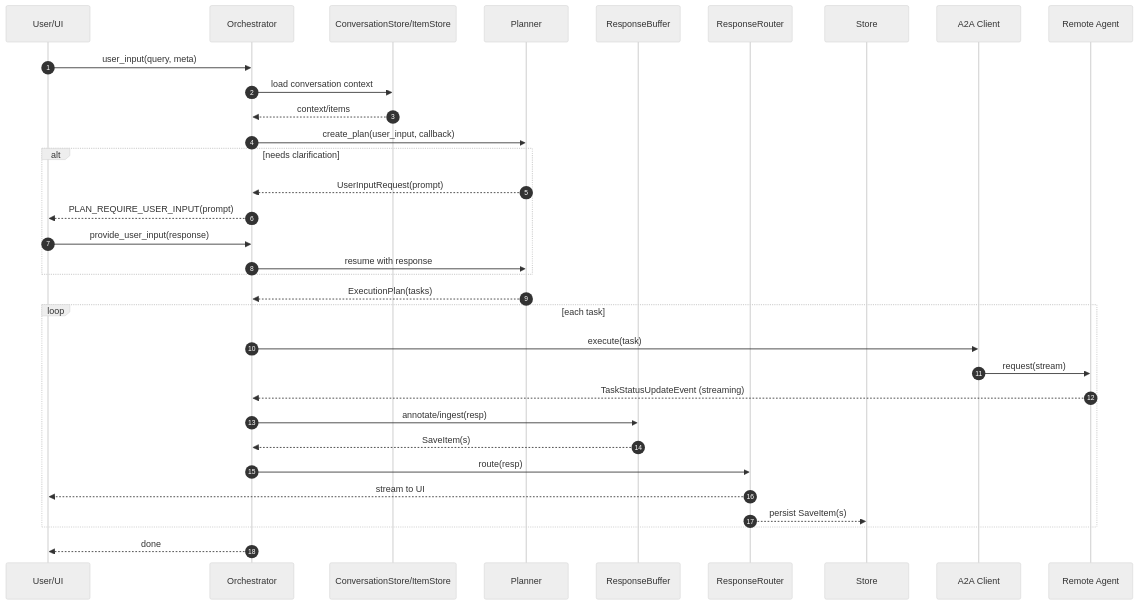
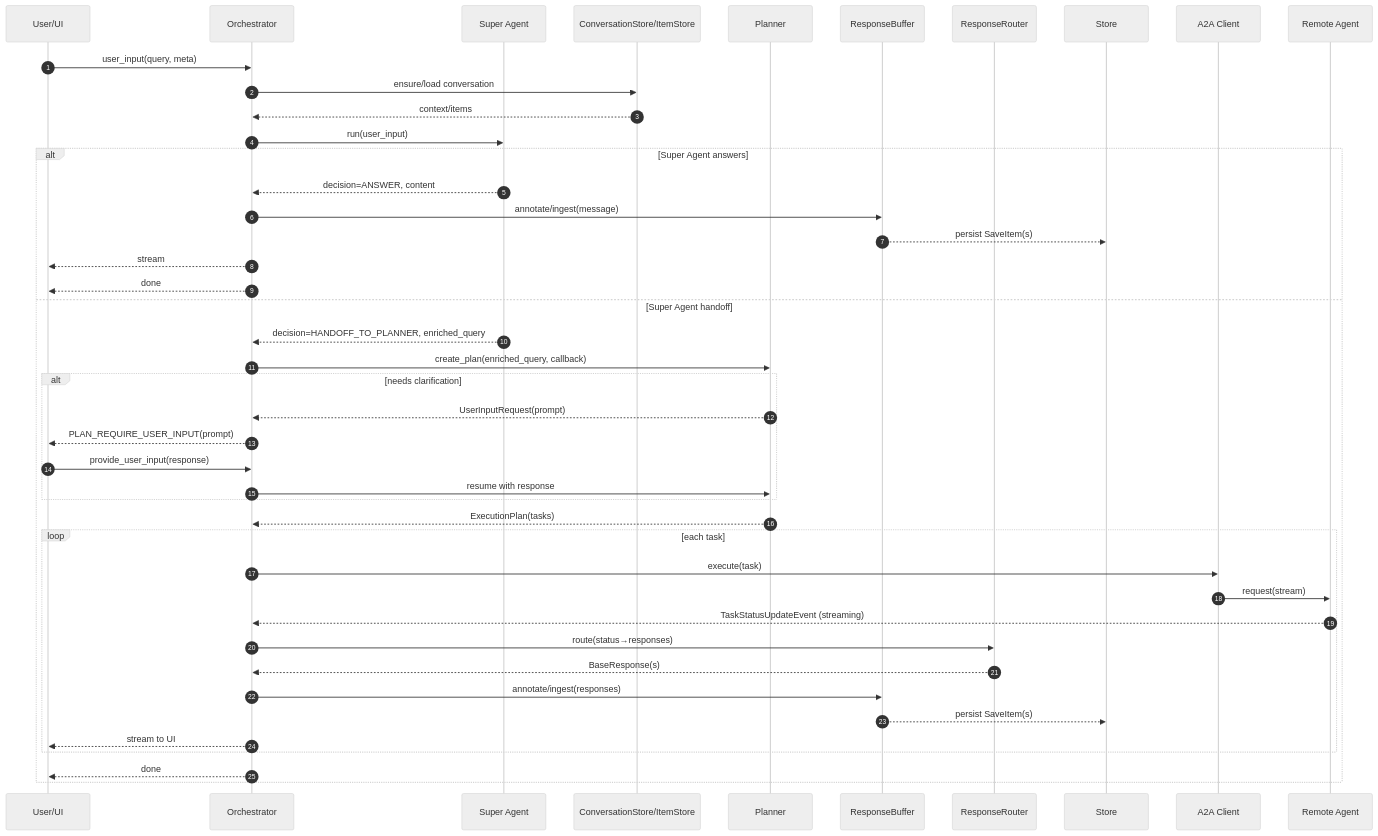
One commit to zhangtao0212/my-valuecell changed the third of 3 diagrams in docs/CORE_ARCHITECTURE.md. Above: the diagram before and after it, drawn with Mermaid (neutral theme). The commit also changed other lines of this file and 56 other files, not shown here.

````diff
--- a/docs/CORE_ARCHITECTURE.md
+++ b/docs/CORE_ARCHITECTURE.md
@@ -39,36 +108,47 @@
 ```mermaid
 sequenceDiagram
   autonumber
   participant U as User/UI
   participant O as Orchestrator
+  participant SA as Super Agent
   participant CS as ConversationStore/ItemStore
   participant P as Planner
   participant RB as ResponseBuffer
   participant RR as ResponseRouter
   participant ST as Store
   participant A2A as A2A Client
   participant RA as Remote Agent
 
   U->>O: user_input(query, meta)
-  O->>CS: load conversation context
+  O->>CS: ensure/load conversation
   CS-->>O: context/items
-  O->>P: create_plan(user_input, callback)
-  alt needs clarification
-    P-->>O: UserInputRequest(prompt)
-    O-->>U: PLAN_REQUIRE_USER_INPUT(prompt)
-    U->>O: provide_user_input(response)
-    O->>P: resume with response
+  O->>SA: run(user_input)
+  alt Super Agent answers
+    SA-->>O: decision=ANSWER, content
+    O->>RB: annotate/ingest(message)
+    RB-->>ST: persist SaveItem(s)
+    O-->>U: stream
+    O-->>U: done
+  else Super Agent handoff
+    SA-->>O: decision=HANDOFF_TO_PLANNER, enriched_query
+    O->>P: create_plan(enriched_query, callback)
+    alt needs clarification
+      P-->>O: UserInputRequest(prompt)
+      O-->>U: PLAN_REQUIRE_USER_INPUT(prompt)
+      U->>O: provide_user_input(response)
+      O->>P: resume with response
+    end
+    P-->>O: ExecutionPlan(tasks)
+    loop each task
+      O->>A2A: execute(task)
+      A2A->>RA: request(stream)
+      RA-->>O: TaskStatusUpdateEvent (streaming)
+      O->>RR: route(status→responses)
+      RR-->>O: BaseResponse(s)
+      O->>RB: annotate/ingest(responses)
+      RB-->>ST: persist SaveItem(s)
+      O-->>U: stream to UI
+    end
+    O-->>U: done
   end
-  P-->>O: ExecutionPlan(tasks)
-  loop each task
-    O->>A2A: execute(task)
-    A2A->>RA: request(stream)
-    RA-->>O: TaskStatusUpdateEvent (streaming)
-    O->>RB: annotate/ingest(resp)
-    RB-->>O: SaveItem(s)
-    O->>RR: route(resp)
-    RR-->>U: stream to UI
-    RR-->>ST: persist SaveItem(s)
-  end
-  O-->>U: done
 ```
````
